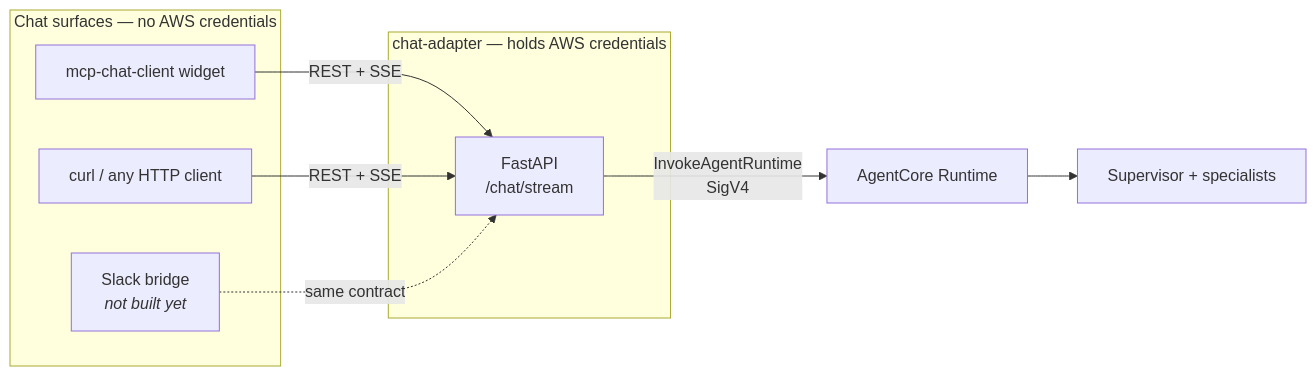
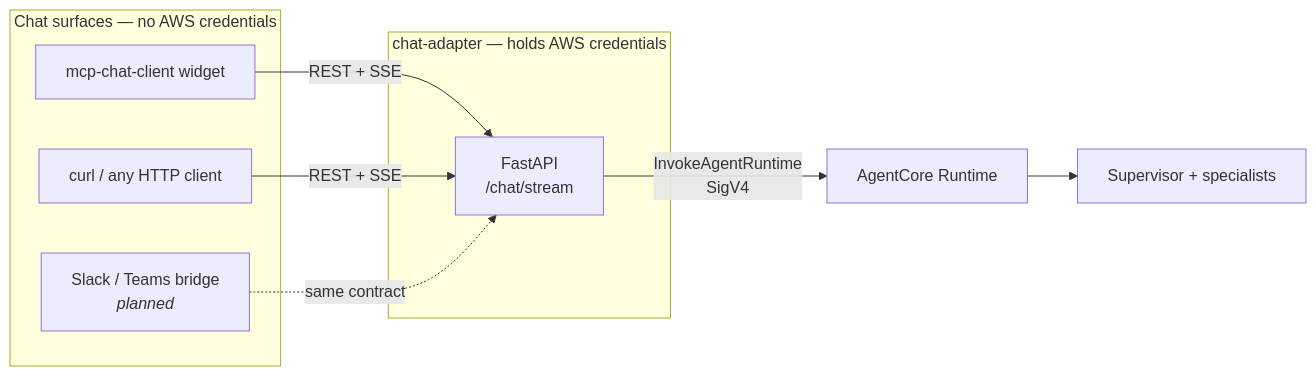
The first of 2 diagrams in docs/chat-channel.md (senthilsweb/claimwise-agents), drawn with Mermaid before and after one commit. The commit also changed other lines of this file and 8 other files, not shown here.

````diff
--- a/docs/chat-channel.md
+++ b/docs/chat-channel.md
@@ -18,16 +18,16 @@
 ```mermaid
 flowchart LR
     subgraph Clients [Chat surfaces — no AWS credentials]
         WG[mcp-chat-client widget]
         CU[curl / any HTTP client]
-        SL[Slack bridge<br/><i>not built yet</i>]
+        SL[Slack / Teams bridge<br/><i>planned</i>]
     end
     subgraph Bridge [chat-adapter — holds AWS credentials]
         AD[FastAPI<br/>/chat/stream]
     end
     WG -->|REST + SSE| AD
     CU -->|REST + SSE| AD
     SL -.->|same contract| AD
     AD -->|InvokeAgentRuntime<br/>SigV4| RT[AgentCore Runtime]
     RT --> S[Supervisor + specialists]
 ```
````
